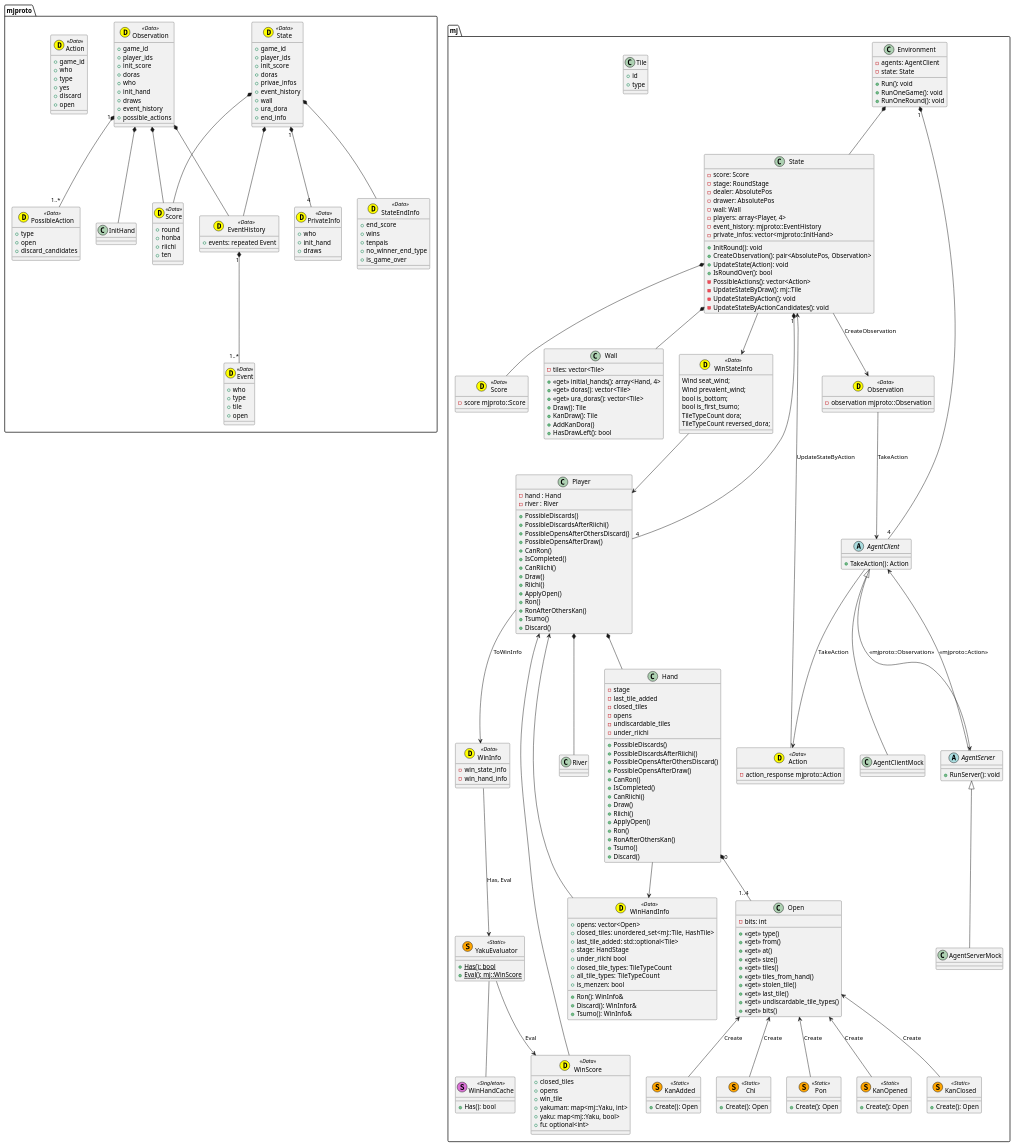
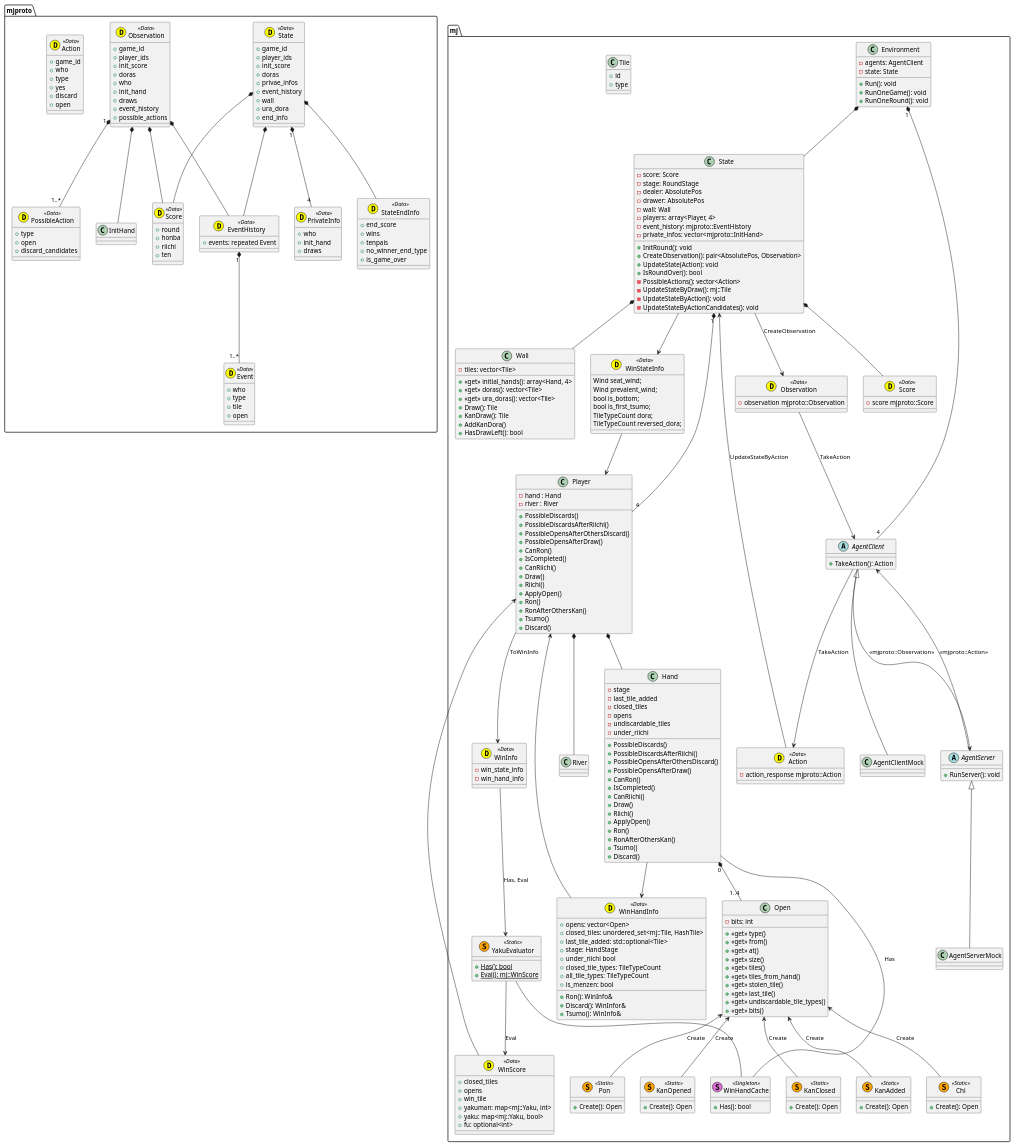
Before and after one commit to mjx-project/mjx: the diagram in plantuml/diagram.pu, drawn with PlantUML.

Commit message:
refactor: update class diagram

```diff
--- a/plantuml/diagram.pu
+++ b/plantuml/diagram.pu
@@ -305,6 +305,7 @@
 
 mj::Hand "0" *-- "1..4" mj::Open
 mj::Hand --> mj::WinHandInfo
+mj::Hand -- mj::WinHandCache : Has
 
 mj::WinHandInfo --> mj::Player
 
```
